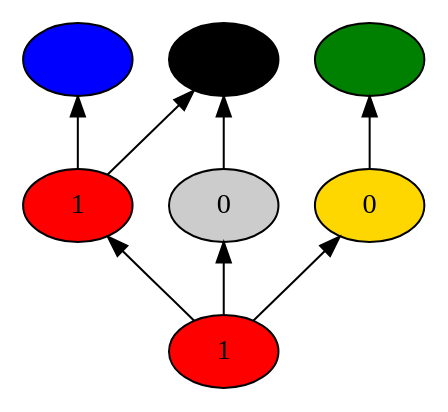
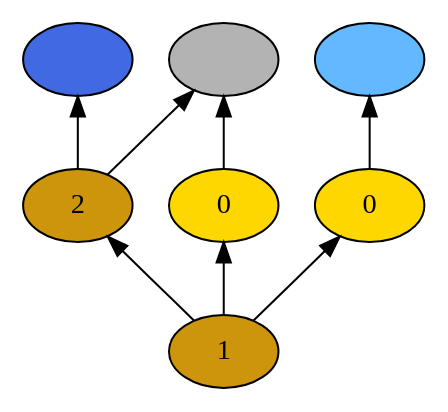
The diagram in backend/cxx/pdf_graphs/tutorial_1/dot18.dot (probcomp/Venturecxx), drawn with Graphviz before and after one commit. The commit also changed 108 other files, not shown here.

```diff
--- a/backend/cxx/pdf_graphs/tutorial_1/dot18.dot
+++ b/backend/cxx/pdf_graphs/tutorial_1/dot18.dot
@@ -1,18 +1,18 @@
 digraph {
 rankdir=BT
 fontsize=24
-1["shape" ="ellipse" "style" ="filled" "fillcolor" ="red" "label" ="1" ]
-2["shape" ="ellipse" "style" ="filled" "fillcolor" ="red" "label" ="1" ]
-3["shape" ="ellipse" "style" ="filled" "fillcolor" ="grey80" "label" ="0" ]
+1["shape" ="ellipse" "style" ="filled" "fillcolor" ="darkgoldenrod3" "label" ="1" ]
+2["shape" ="ellipse" "style" ="filled" "fillcolor" ="darkgoldenrod3" "label" ="2" ]
+3["shape" ="ellipse" "style" ="filled" "fillcolor" ="gold" "label" ="0" ]
 4["shape" ="ellipse" "style" ="filled" "fillcolor" ="gold" "label" ="0" ]
-5["shape" ="ellipse" "style" ="filled" "fillcolor" ="blue" "label" ="" ]
-6["shape" ="ellipse" "style" ="filled" "fillcolor" ="black" "label" ="" ]
-7["shape" ="ellipse" "style" ="filled" "fillcolor" ="green" "label" ="" ]
+5["shape" ="ellipse" "style" ="filled" "fillcolor" ="royalblue" "label" ="" ]
+6["shape" ="ellipse" "style" ="filled" "fillcolor" ="grey70" "label" ="" ]
+7["shape" ="ellipse" "style" ="filled" "fillcolor" ="steelblue1" "label" ="" ]
 1 -> 2["color" ="black" "style" ="solid" "arrowhead" ="normal" ]
 1 -> 3["color" ="black" "style" ="solid" "arrowhead" ="normal" ]
 1 -> 4["color" ="black" "style" ="solid" "arrowhead" ="normal" ]
 2 -> 5["color" ="black" "style" ="solid" "arrowhead" ="normal" ]
 2 -> 6["color" ="black" "style" ="solid" "arrowhead" ="normal" ]
 3 -> 6["color" ="black" "style" ="solid" "arrowhead" ="normal" ]
 4 -> 7["color" ="black" "style" ="solid" "arrowhead" ="normal" ]
 }
```
